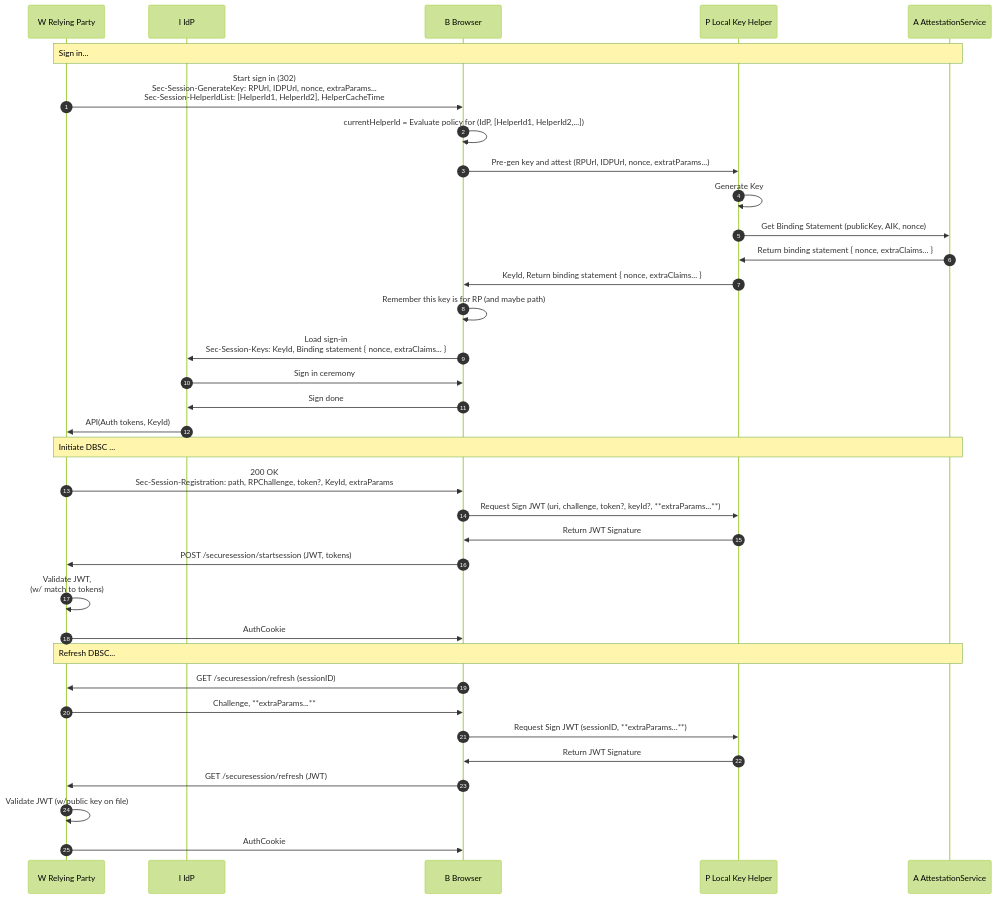
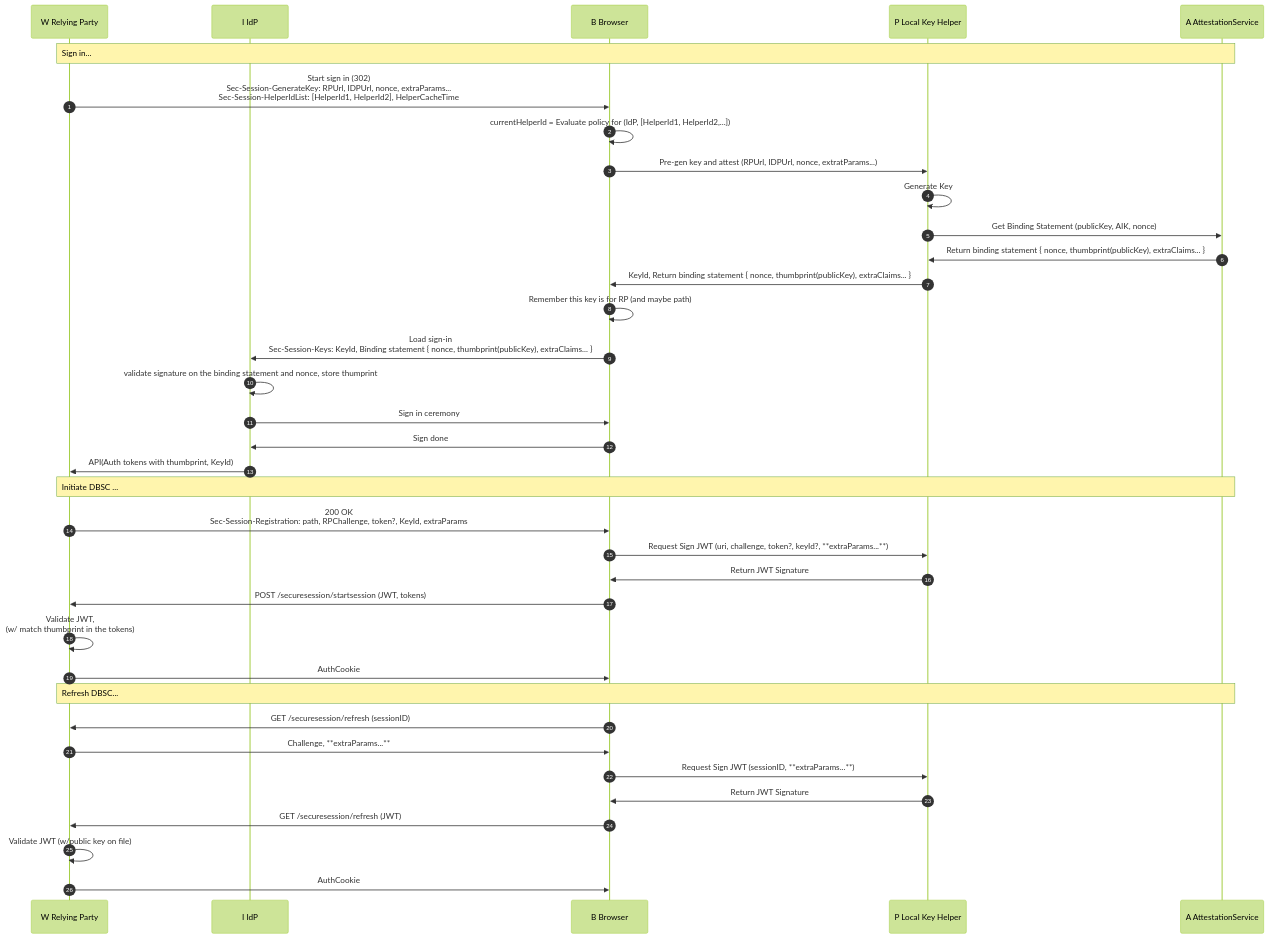
The third of 10 diagrams in README.md (alextok/dbsc-discussions), drawn with Mermaid (forest theme) before and after one commit. The commit also changed other lines of this file, not shown here.

Commit message:
Update diagrams and open/close notes

````diff
--- a/README.md
+++ b/README.md
@@ -69,46 +70,47 @@
 ```mermaid
 sequenceDiagram
 %%{ init: { 'sequence': { 'noteAlign': 'left'} } }%%
 autonumber 1
 participant W as W Relying Party
 participant I as I IdP
 participant B as B Browser
 participant P as P Local Key Helper
 participant A as A AttestationService
 
 Note over W, A: Sign in...
 W->>B: Start sign in (302) <br/> Sec-Session-GenerateKey: RPUrl, IDPUrl, nonce, extraParams...<br/>Sec-Session-HelperIdList: [HelperId1, HelperId2], HelperCacheTime
 
 B->>B: currentHelperId = Evaluate policy for (IdP, [HelperId1, HelperId2,...])
 B->>P: Pre-gen key and attest (RPUrl, IDPUrl, nonce, extratParams...)
 
 P->>P: Generate Key
 
 P->>A: Get Binding Statement (publicKey, AIK, nonce)
-A->>P: Return binding statement { nonce, extraClaims... }
-P->>B: KeyId, Return binding statement { nonce, extraClaims... }
+A->>P: Return binding statement { nonce, thumbprint(publicKey), extraClaims... }
+P->>B: KeyId, Return binding statement { nonce, thumbprint(publicKey), extraClaims... }
 B->>B: Remember this key is for RP (and maybe path)
-B->>I: Load sign-in <br/>Sec-Session-Keys: KeyId, Binding statement { nonce, extraClaims... }
+B->>I: Load sign-in <br/>Sec-Session-Keys: KeyId, Binding statement { nonce,  thumbprint(publicKey), extraClaims... }
+I->>I: validate signature on the binding statement and nonce, store thumprint
 
 I->>B: Sign in ceremony
 B->>I: Sign done
 
-I->>W: API(Auth tokens, KeyId)
+I->>W: API(Auth tokens with thumbprint, KeyId)
 
 Note over W, A: Initiate DBSC ...
 W->>B: 200 OK <br/>Sec-Session-Registration: path, RPChallenge, token?, KeyId, extraParams
 B->>P: Request Sign JWT (uri, challenge, token?, keyId?, **extraParams...**)
 P->>B: Return JWT Signature
 B->>W: POST /securesession/startsession (JWT, tokens)
-W->>W: Validate JWT, <br/>(w/ match to tokens)
+W->>W: Validate JWT, <br/>(w/ match thumbprint in the tokens)
 W->>B: AuthCookie
 
 Note over W, A: Refresh DBSC...
 B->>W: GET /securesession/refresh (sessionID)
 W->>B: Challenge, **extraParams...**
 B->>P: Request Sign JWT (sessionID, **extraParams...**)
 P->>B: Return JWT Signature
 B->>W: GET /securesession/refresh (JWT)
 W->>W: Validate JWT (w/public key on file)
 W->>B: AuthCookie
 ```
````
